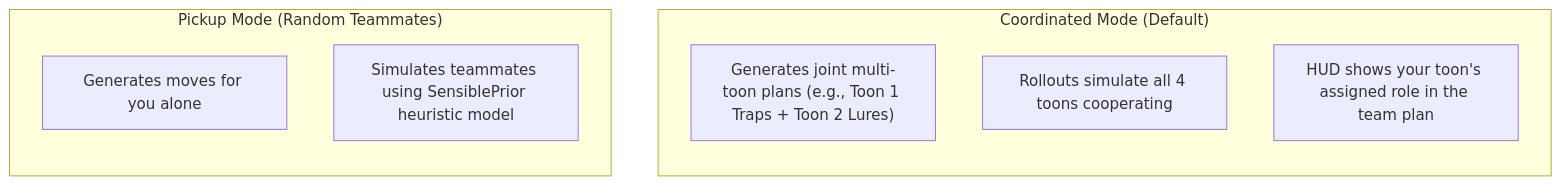
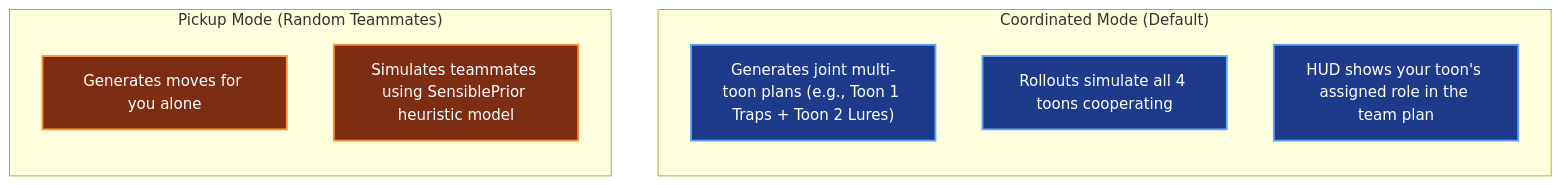
Before and after one commit to Angle-Brackets/TTRSolver: the fifth of 5 diagrams in docs/playout.md, drawn with Mermaid. The commit also changed other lines of this file and 9 other files, not shown here.

Commit message:
docs: color-code all Mermaid diagrams with distinct visual themes

````diff
--- a/docs/playout.md
+++ b/docs/playout.md
@@ -253,15 +279,21 @@
 ```mermaid
 flowchart TD
+    classDef coordNode fill:#1e3a8a,stroke:#60a5fa,stroke-width:2px,color:#ffffff
+    classDef pickupNode fill:#7c2d12,stroke:#fb923c,stroke-width:2px,color:#ffffff
+
     subgraph CoordinatedMode["Coordinated Mode (Default)"]
         direction TB
         C1["Generates joint multi-toon plans (e.g., Toon 1 Traps + Toon 2 Lures)"]
         C2["Rollouts simulate all 4 toons cooperating"]
         C3["HUD shows your toon's assigned role in the team plan"]
     end
 
     subgraph PickupMode["Pickup Mode (Random Teammates)"]
         direction TB
         P1["Generates moves for you alone"]
         P2["Simulates teammates using SensiblePrior heuristic model"]
     end
+
+    class C1,C2,C3 coordNode
+    class P1,P2 pickupNode
 ```
````
